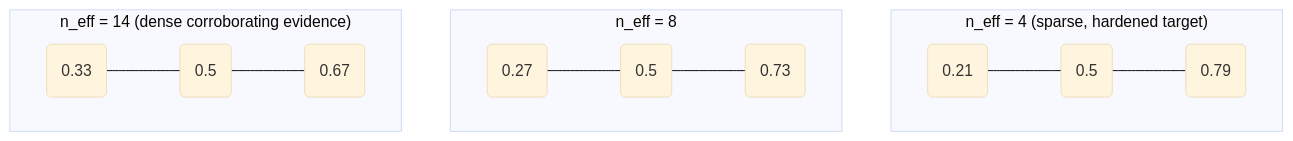
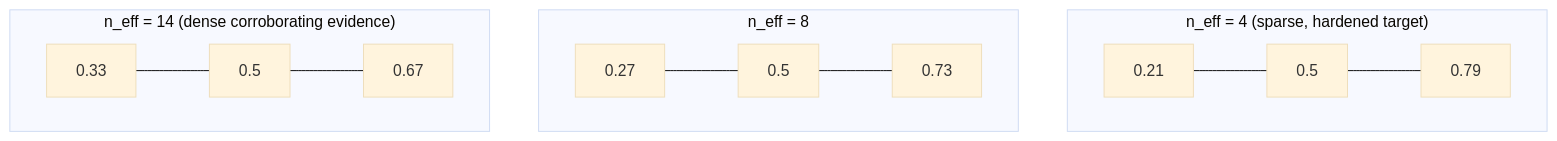
Before and after one commit to blisspixel/recon: the third of 4 diagrams in docs/correlation.md, drawn with Mermaid. The commit also changed other lines of this file and 73 other files, not shown here.

````diff
--- a/docs/correlation.md
+++ b/docs/correlation.md
@@ -1286,13 +1267,13 @@
 ```mermaid
 %%{init: {'theme':'base'}}%%
 graph TB
   subgraph sparse["n_eff = 4 (sparse, hardened target)"]
-    s_low(0.21) --- s_mean(0.5) --- s_high(0.79)
+    sl["0.21"] --- sm["0.5"] --- sh["0.79"]
   end
   subgraph mid["n_eff = 8"]
-    m_low(0.27) --- m_mean(0.5) --- m_high(0.73)
+    ml["0.27"] --- mm["0.5"] --- mh["0.73"]
   end
   subgraph dense["n_eff = 14 (dense corroborating evidence)"]
-    d_low(0.33) --- d_mean(0.5) --- d_high(0.67)
+    dl["0.33"] --- dm["0.5"] --- dh["0.67"]
   end
 ```
````
